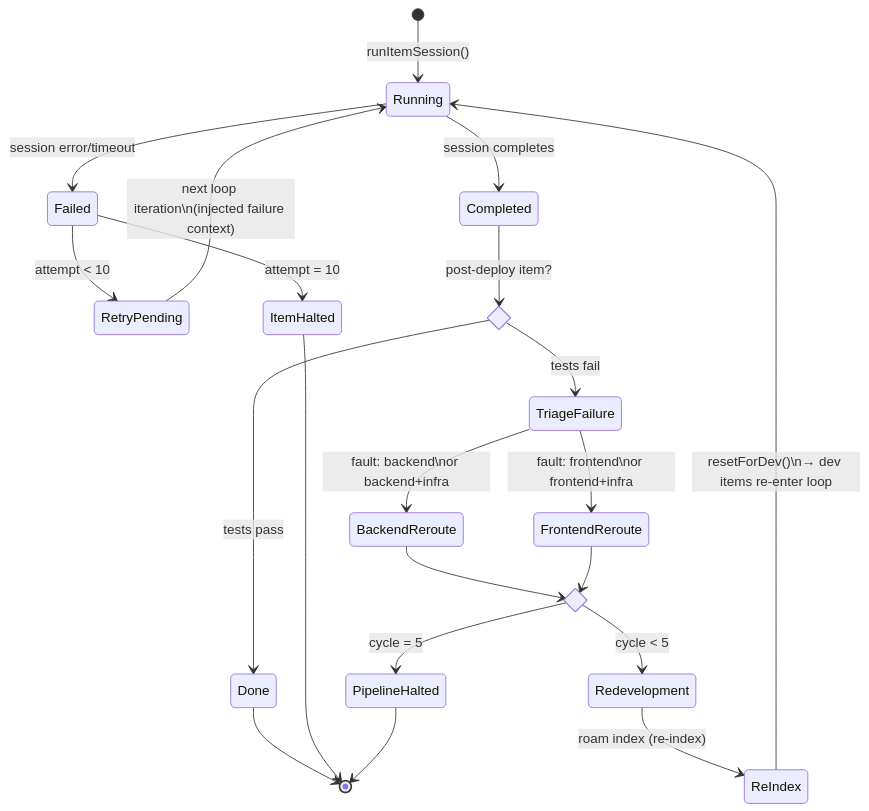
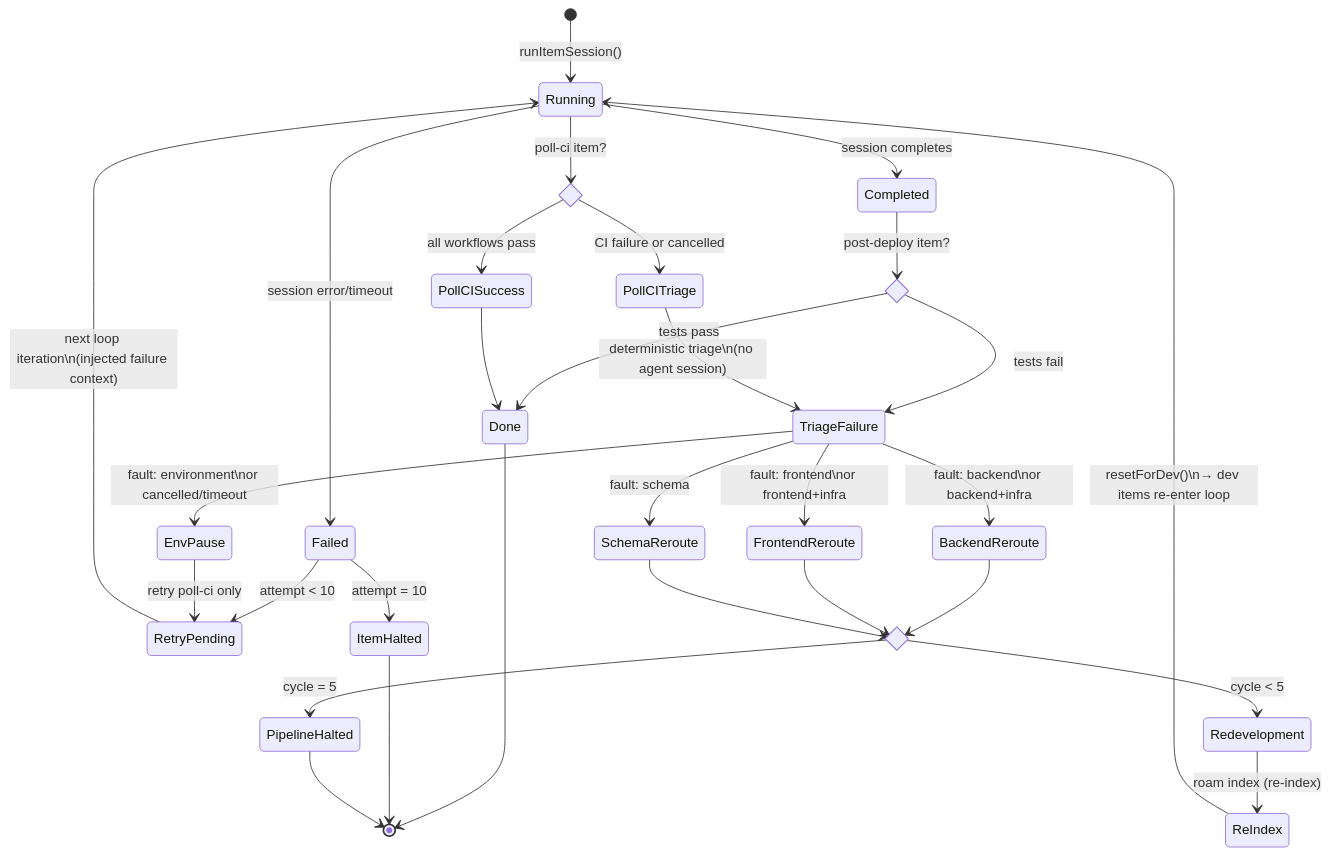
One commit to RomanKaliupinMelonusa/DAGent-t changed the third of 5 diagrams in tools/autonomous-factory/docs/01-watchdog.md. Above: the diagram before and after it, drawn with Mermaid. The commit also changed other lines of this file and 4 other files, not shown here.

First line of the commit message:
Add ci-integration and poll-ci triage docs

````diff
--- a/tools/autonomous-factory/docs/01-watchdog.md
+++ b/tools/autonomous-factory/docs/01-watchdog.md
@@ -111,33 +111,46 @@
 ```mermaid
 stateDiagram-v2
     [*] --> Running: runItemSession()
 
     Running --> Completed: session completes
     Running --> Failed: session error/timeout
 
     Failed --> RetryPending: attempt < 10
     Failed --> ItemHalted: attempt = 10
 
     RetryPending --> Running: next loop iteration\n(injected failure context)
 
     state PostDeployCheck <<choice>>
     Completed --> PostDeployCheck: post-deploy item?
     PostDeployCheck --> Done: tests pass
     PostDeployCheck --> TriageFailure: tests fail
 
+    state PollCICheck <<choice>>
+    Running --> PollCICheck: poll-ci item?
+    PollCICheck --> PollCISuccess: all workflows pass
+    PollCICheck --> PollCITriage: CI failure or cancelled
+
+    PollCISuccess --> Done
+    PollCITriage --> TriageFailure: deterministic triage\n(no agent session)
+
     TriageFailure --> BackendReroute: fault: backend\nor backend+infra
     TriageFailure --> FrontendReroute: fault: frontend\nor frontend+infra
+    TriageFailure --> SchemaReroute: fault: schema
+    TriageFailure --> EnvPause: fault: environment\nor cancelled/timeout
 
     state CycleCheck <<choice>>
     BackendReroute --> CycleCheck
     FrontendReroute --> CycleCheck
+    SchemaReroute --> CycleCheck
     CycleCheck --> Redevelopment: cycle < 5
     CycleCheck --> PipelineHalted: cycle = 5
+
+    EnvPause --> RetryPending: retry poll-ci only
 
     Redevelopment --> ReIndex: roam index (re-index)
     ReIndex --> Running: resetForDev()\n→ dev items re-enter loop
 
     Done --> [*]
     ItemHalted --> [*]
     PipelineHalted --> [*]
 ```
````
